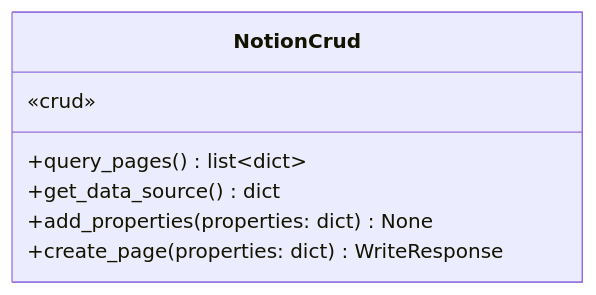
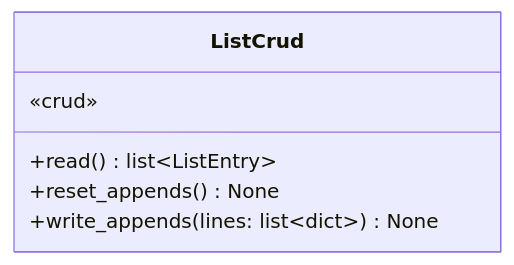
One commit to HoyoungParkme/competition-crawler changed diagram 14 of 18 in docs/specs/06-DOM/CCR-DOM-002.md. Above: the diagram before and after it, drawn with Mermaid. The commit also changed other lines of this file, not shown here.

````diff
--- a/docs/specs/06-DOM/CCR-DOM-002.md
+++ b/docs/specs/06-DOM/CCR-DOM-002.md
@@ -552,10 +673,9 @@
 ```mermaid
 classDiagram
-    class NotionCrud {
+    class ListCrud {
         «crud»
-        +query_pages() list~dict~
-        +get_data_source() dict
-        +add_properties(properties: dict) None
-        +create_page(properties: dict) WriteResponse
+        +read() list~ListEntry~
+        +reset_appends() None
+        +write_appends(lines: list~dict~) None
     }
 ```
````
